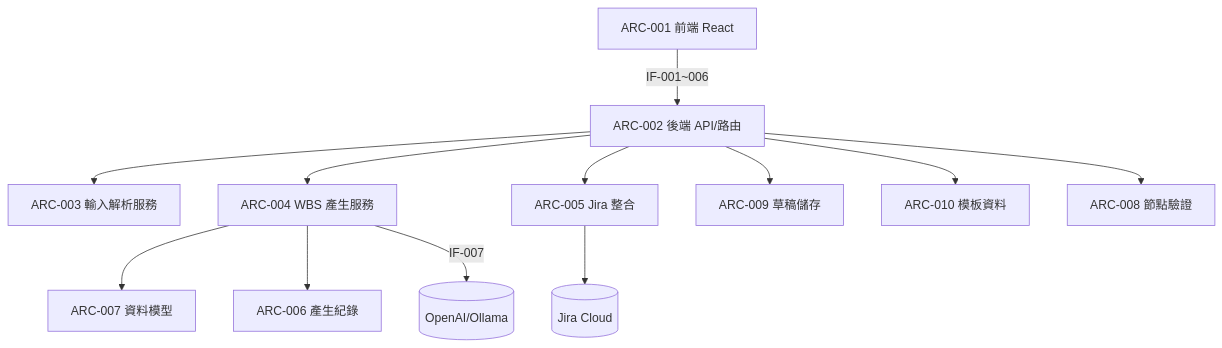
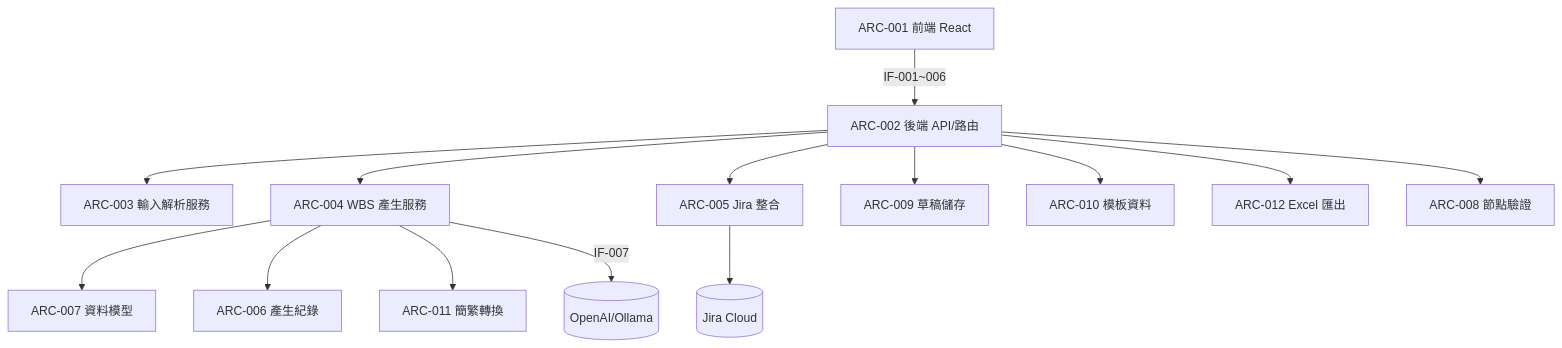
Before and after one commit to chinhui741209-dev/PM-Agent: the diagram in docs/compliance/02-software-architecture.md, drawn with Mermaid. The commit also changed other lines of this file and 10 other files, not shown here.

````diff
--- a/docs/compliance/02-software-architecture.md
+++ b/docs/compliance/02-software-architecture.md
@@ -9,14 +9,16 @@
 ```mermaid
 graph TD
   ARC001[ARC-001 前端 React] -->|IF-001~006| ARC002[ARC-002 後端 API/路由]
   ARC002 --> ARC003[ARC-003 輸入解析服務]
   ARC002 --> ARC004[ARC-004 WBS 產生服務]
   ARC002 --> ARC005[ARC-005 Jira 整合]
   ARC002 --> ARC009[ARC-009 草稿儲存]
   ARC002 --> ARC010[ARC-010 模板資料]
+  ARC002 --> ARC012[ARC-012 Excel 匯出]
   ARC004 --> ARC007[ARC-007 資料模型]
   ARC004 --> ARC006[ARC-006 產生紀錄]
+  ARC004 --> ARC011[ARC-011 簡繁轉換]
   ARC004 -->|IF-007| LLM[(OpenAI/Ollama)]
   ARC002 --> ARC008[ARC-008 節點驗證]
   ARC005 --> Jira[(Jira Cloud)]
 ```
````
